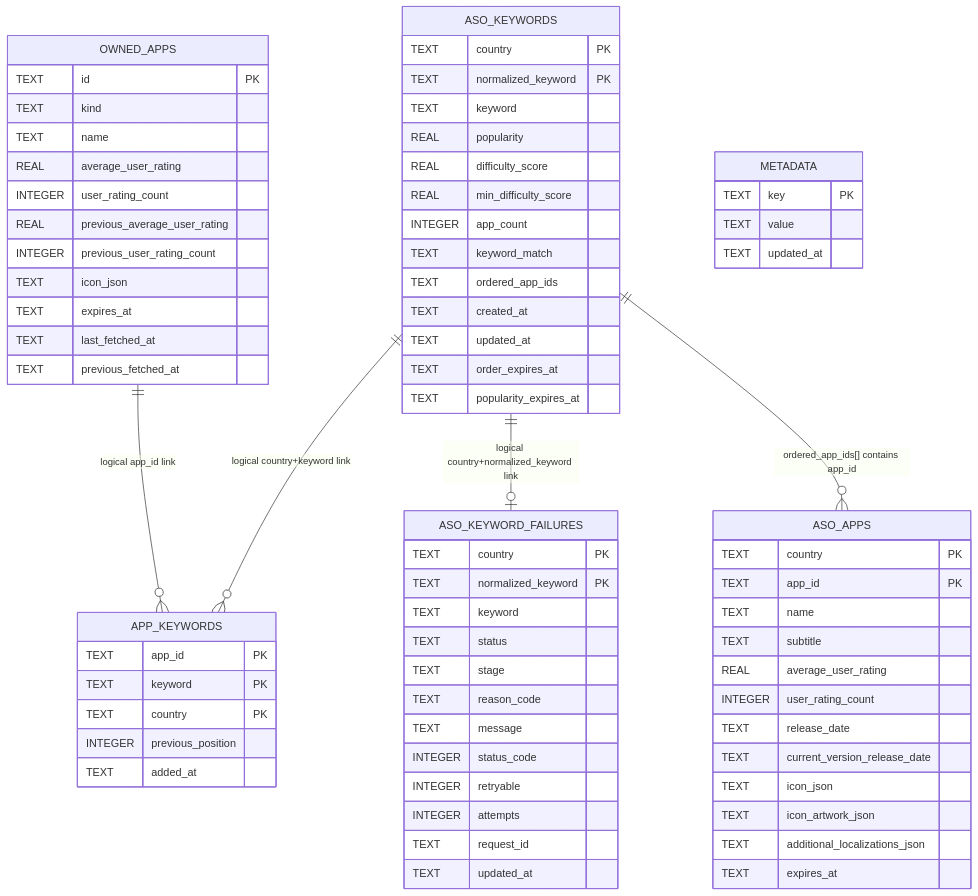
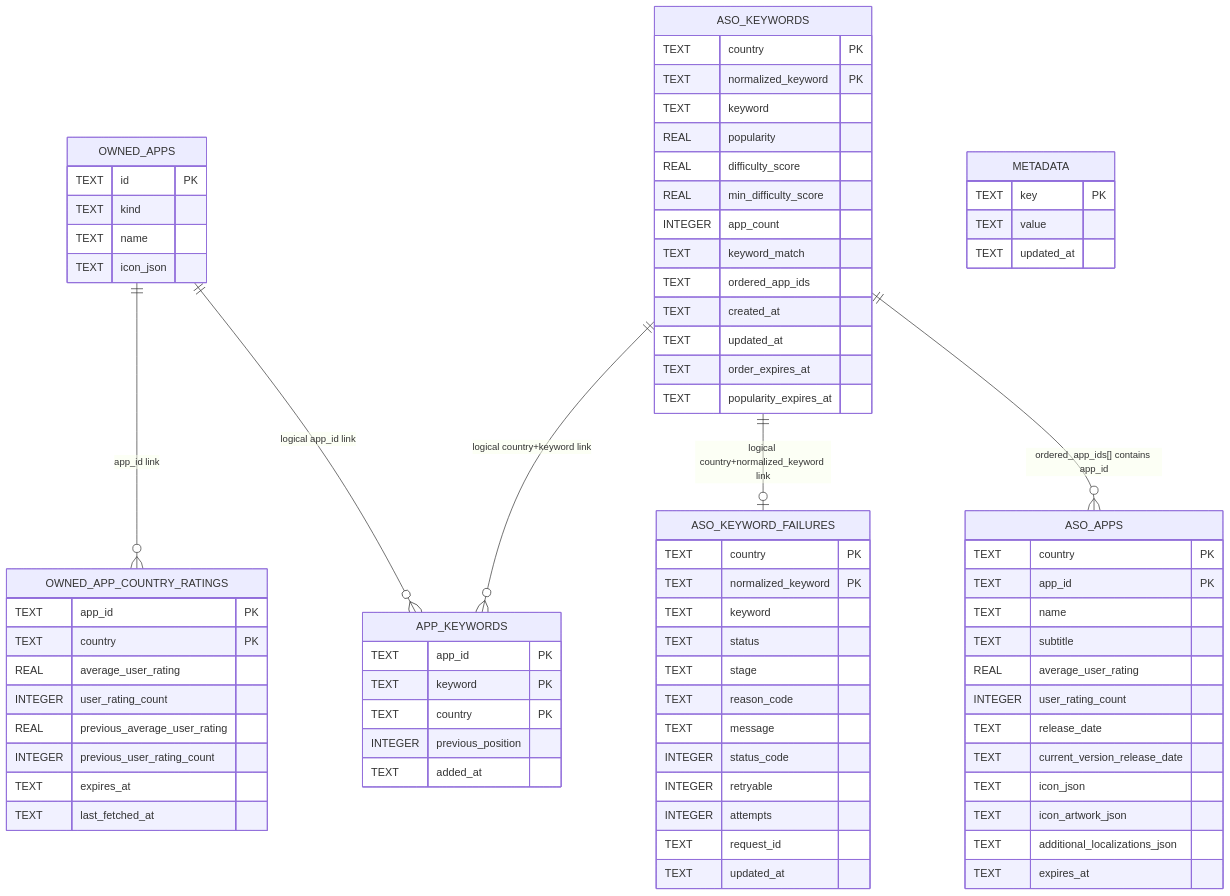
One commit to semihcihan/App-Store-Optimization-CLI changed the diagram in docs/aso-local-sqlite-schema.md. Above: the diagram before and after it, drawn with Mermaid. The commit also changed other lines of this file and 13 other files, not shown here.

```diff
--- a/docs/aso-local-sqlite-schema.md
+++ b/docs/aso-local-sqlite-schema.md
@@ -10,14 +10,18 @@
     TEXT id PK
     TEXT kind
     TEXT name
+    TEXT icon_json
+  }
+
+  OWNED_APP_COUNTRY_RATINGS {
+    TEXT app_id PK
+    TEXT country PK
     REAL average_user_rating
     INTEGER user_rating_count
     REAL previous_average_user_rating
     INTEGER previous_user_rating_count
-    TEXT icon_json
     TEXT expires_at
     TEXT last_fetched_at
-    TEXT previous_fetched_at
   }
 
   ASO_KEYWORDS {
@@ -80,6 +84,7 @@
     TEXT updated_at
   }
 
+  OWNED_APPS ||--o{ OWNED_APP_COUNTRY_RATINGS : "app_id link"
   OWNED_APPS ||--o{ APP_KEYWORDS : "logical app_id link"
   ASO_KEYWORDS ||--o{ APP_KEYWORDS : "logical country+keyword link"
   ASO_KEYWORDS ||--o| ASO_KEYWORD_FAILURES : "logical country+normalized_keyword link"
```
